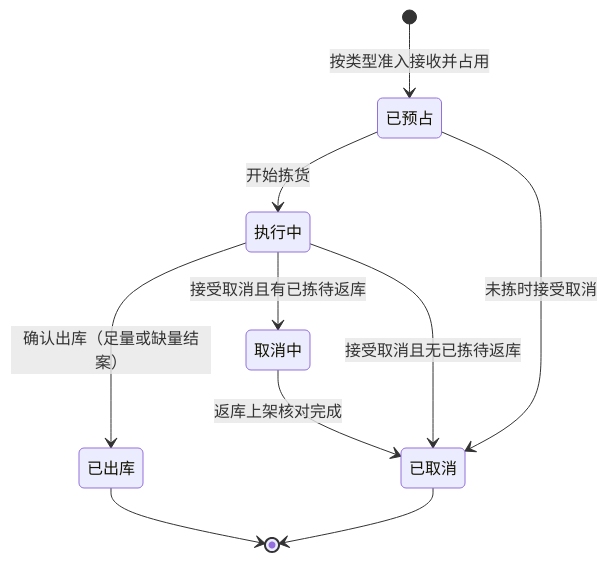
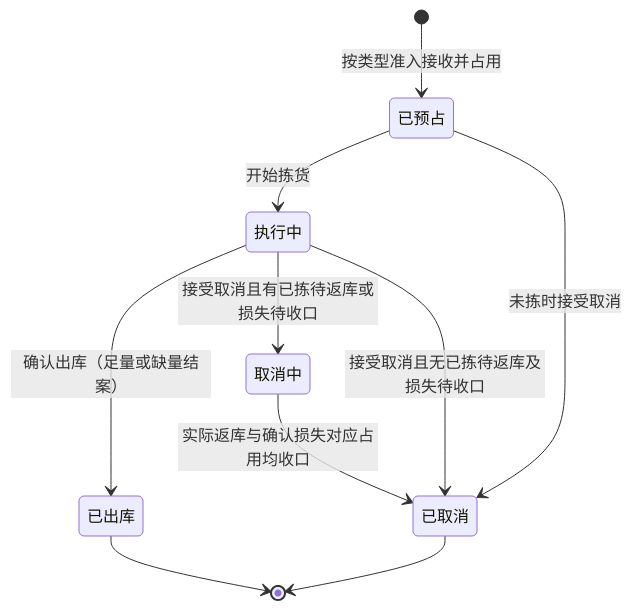
One commit to TopVitamin/QS-WMS-Project changed the second of 4 diagrams in 05-应用设计方案/20261002-MVP版本/系统架构设计/03-单据与状态流转.md. Above: the diagram before and after it, drawn with Mermaid. The commit also changed other lines of this file and 148 other files, not shown here.

````diff
--- a/05-应用设计方案/20261002-MVP版本/系统架构设计/03-单据与状态流转.md
+++ b/05-应用设计方案/20261002-MVP版本/系统架构设计/03-单据与状态流转.md
@@ -70,12 +70,12 @@
 ```mermaid
 stateDiagram-v2
     [*] --> 已预占: 按类型准入接收并占用
     已预占 --> 执行中: 开始拣货
     已预占 --> 已取消: 未拣时接受取消
     执行中 --> 已出库: 确认出库（足量或缺量结案）
-    执行中 --> 取消中: 接受取消且有已拣待返库
-    执行中 --> 已取消: 接受取消且无已拣待返库
-    取消中 --> 已取消: 返库上架核对完成
+    执行中 --> 取消中: 接受取消且有已拣待返库或损失待收口
+    执行中 --> 已取消: 接受取消且无已拣待返库及损失待收口
+    取消中 --> 已取消: 实际返库与确认损失对应占用均收口
     已出库 --> [*]
     已取消 --> [*]
 ```
````
